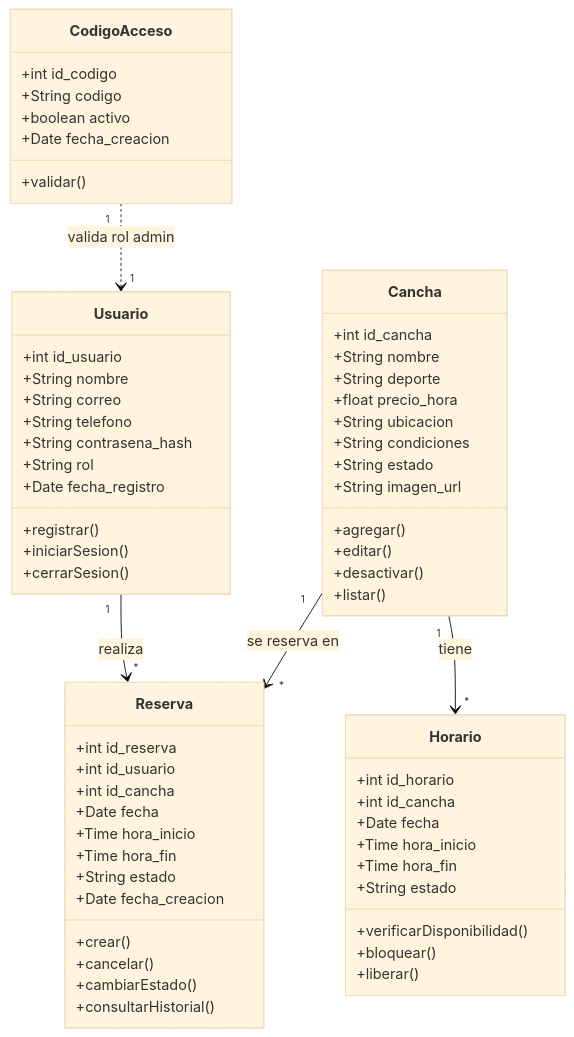
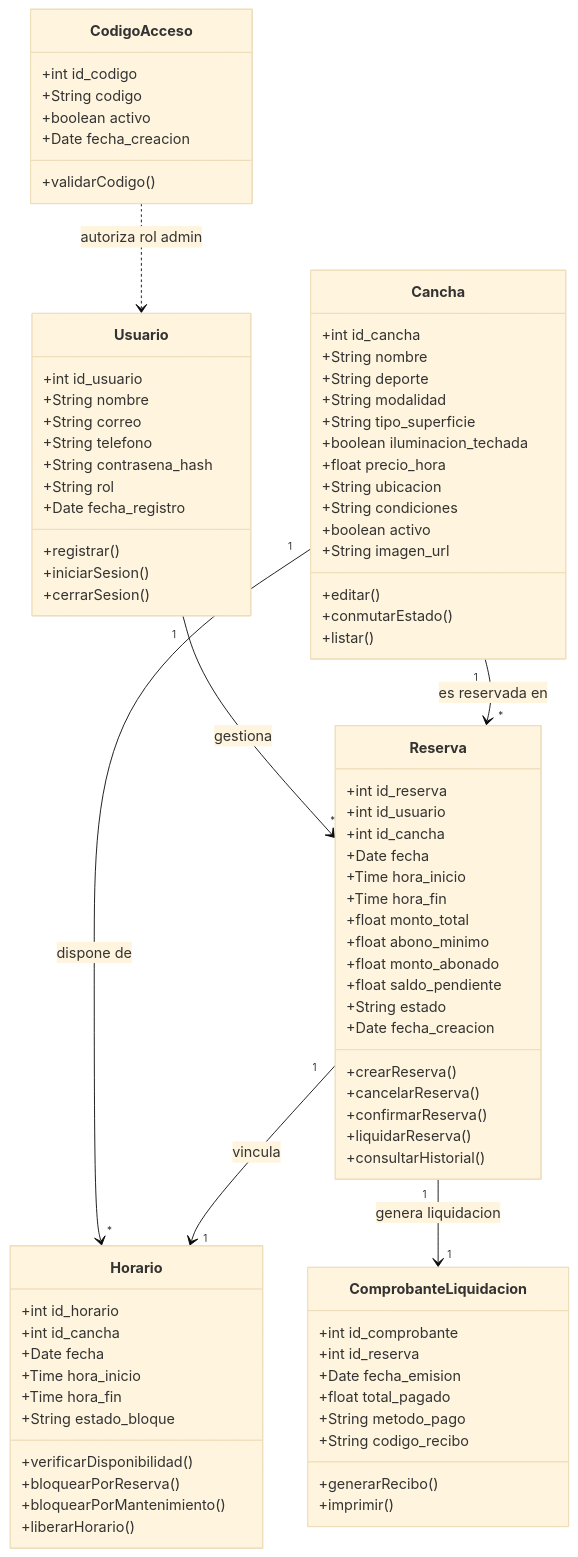
Before and after one commit to WalterJoel18/Sw-para-reserva-de-canchas-e-instalaciones-deportivas: the second of 4 diagrams in README.md, drawn with Mermaid (base theme). The commit also changed other lines of this file, not shown here.

````diff
--- a/README.md
+++ b/README.md
@@ -314,14 +337,16 @@
         +int id_cancha
         +String nombre
         +String deporte
+        +String modalidad
+        +String tipo_superficie
+        +boolean iluminacion_techada
         +float precio_hora
         +String ubicacion
         +String condiciones
-        +String estado
+        +boolean activo
         +String imagen_url
-        +agregar()
         +editar()
-        +desactivar()
+        +conmutarEstado()
         +listar()
     }
 
@@ -332,11 +357,16 @@
         +Date fecha
         +Time hora_inicio
         +Time hora_fin
+        +float monto_total
+        +float abono_minimo
+        +float monto_abonado
+        +float saldo_pendiente
         +String estado
         +Date fecha_creacion
-        +crear()
-        +cancelar()
-        +cambiarEstado()
+        +crearReserva()
+        +cancelarReserva()
+        +confirmarReserva()
+        +liquidarReserva()
         +consultarHistorial()
     }
 
@@ -346,10 +376,22 @@
         +Date fecha
         +Time hora_inicio
         +Time hora_fin
-        +String estado
+        +String estado_bloque
         +verificarDisponibilidad()
-        +bloquear()
-        +liberar()
+        +bloquearPorReserva()
+        +bloquearPorMantenimiento()
+        +liberarHorario()
+    }
+
+    class ComprobanteLiquidacion {
+        +int id_comprobante
+        +int id_reserva
+        +Date fecha_emision
+        +float total_pagado
+        +String metodo_pago
+        +String codigo_recibo
+        +generarRecibo()
+        +imprimir()
     }
 
     class CodigoAcceso {
@@ -357,11 +399,13 @@
         +String codigo
         +boolean activo
         +Date fecha_creacion
-        +validar()
+        +validarCodigo()
     }
 
-    Usuario "1" --> "*" Reserva : realiza
-    Cancha "1" --> "*" Reserva : se reserva en
-    Cancha "1" --> "*" Horario : tiene
-    CodigoAcceso "1" ..> "1" Usuario : valida rol admin
+    Usuario "1" --> "*" Reserva : gestiona
+    Cancha "1" --> "*" Reserva : es reservada en
+    Cancha "1" --> "*" Horario : dispone de
+    Reserva "1" --> "1" Horario : vincula
+    Reserva "1" --> "1" ComprobanteLiquidacion : genera liquidacion
+    CodigoAcceso ..> Usuario : autoriza rol admin
 ```
````
